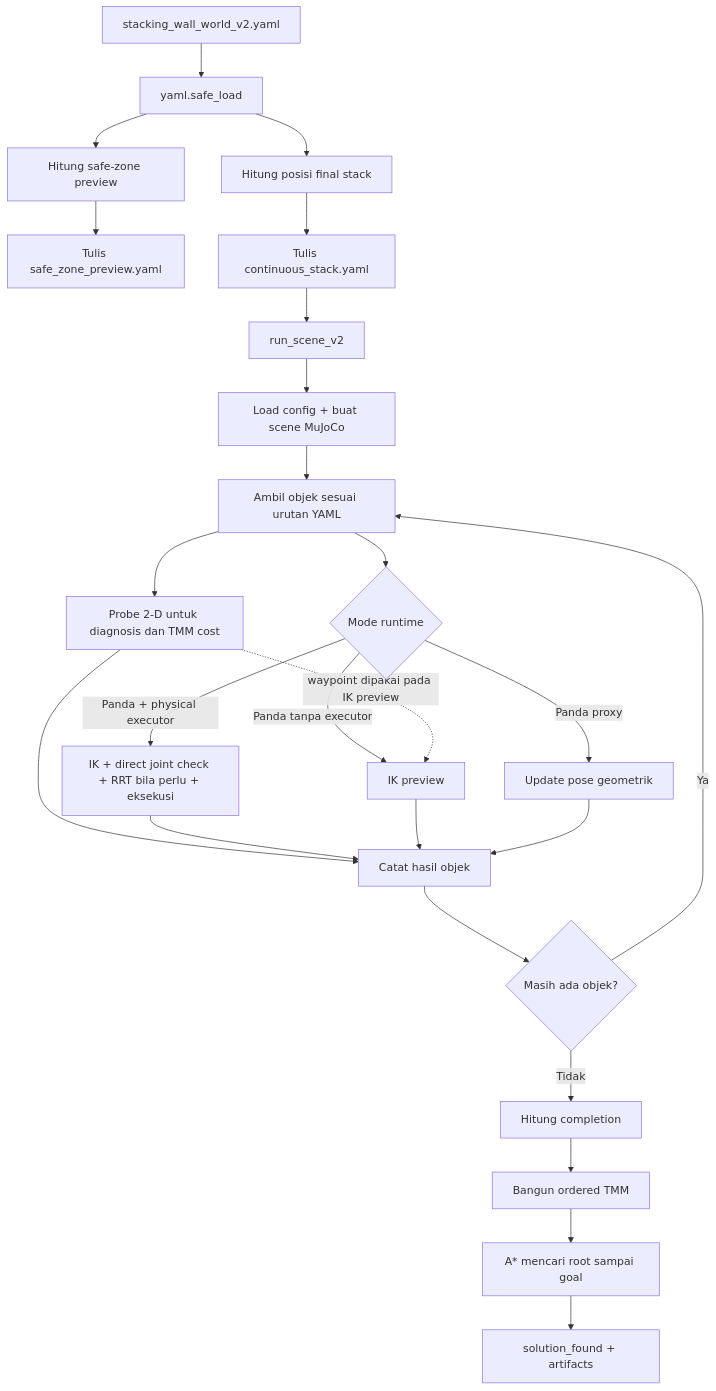
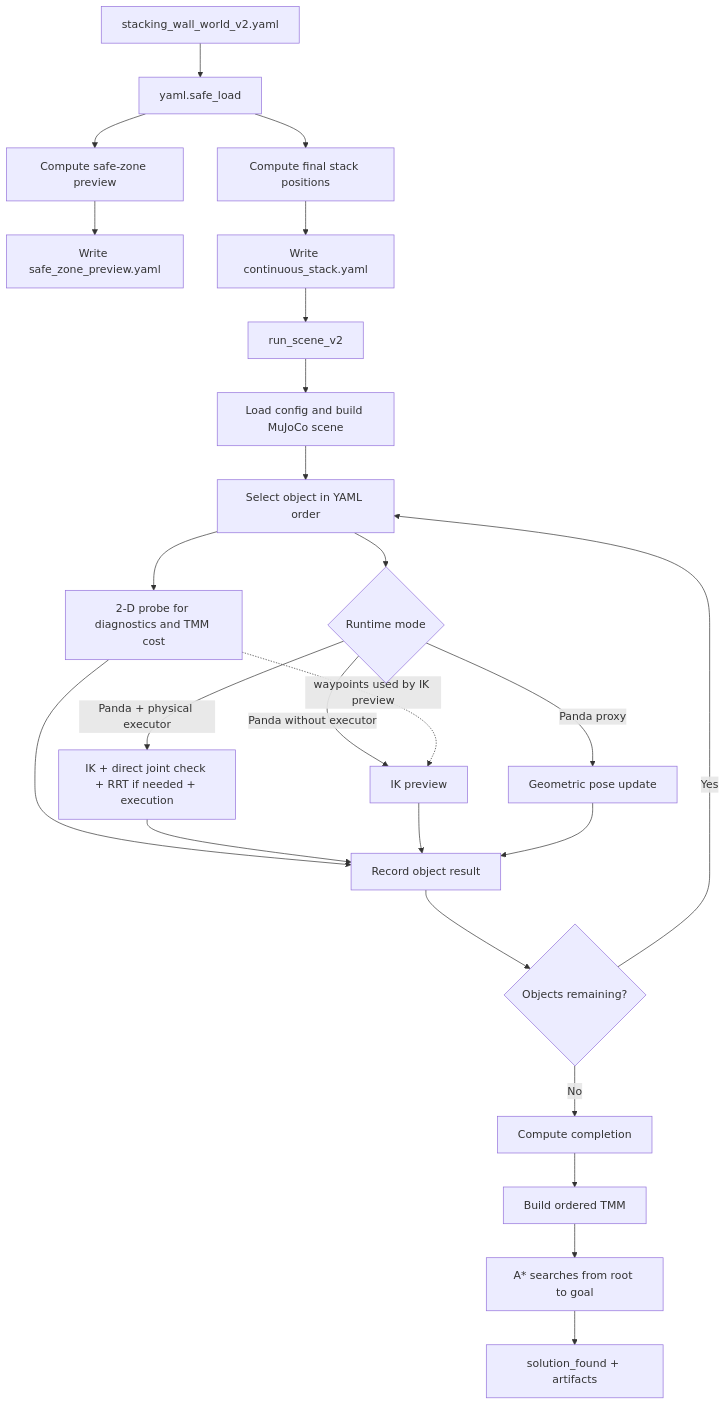
Before and after one commit to rafasoelistiono/MVP-CTAMP-ROBOT3: the first of 2 diagrams in README.md, drawn with Mermaid. The commit also changed other lines of this file, not shown here.

````diff
--- a/README.md
+++ b/README.md
@@ -40,27 +40,27 @@
 ```mermaid
 flowchart TD
     A["stacking_wall_world_v2.yaml"] --> B["yaml.safe_load"]
-    B --> C["Hitung safe-zone preview"]
-    B --> D["Hitung posisi final stack"]
-    C --> E["Tulis safe_zone_preview.yaml"]
-    D --> F["Tulis continuous_stack.yaml"]
+    B --> C["Compute safe-zone preview"]
+    B --> D["Compute final stack positions"]
+    C --> E["Write safe_zone_preview.yaml"]
+    D --> F["Write continuous_stack.yaml"]
     F --> G["run_scene_v2"]
-    G --> H["Load config + buat scene MuJoCo"]
-    H --> I["Ambil objek sesuai urutan YAML"]
-    I --> J["Probe 2-D untuk diagnosis dan TMM cost"]
-    I --> K{"Mode runtime"}
-    K -->|"Panda + physical executor"| L["IK + direct joint check + RRT bila perlu + eksekusi"]
-    K -->|"Panda tanpa executor"| V["IK preview"]
-    K -->|"Panda proxy"| W["Update pose geometrik"]
-    J -. "waypoint dipakai pada IK preview" .-> V
-    J --> X["Catat hasil objek"]
+    G --> H["Load config and build MuJoCo scene"]
+    H --> I["Select object in YAML order"]
+    I --> J["2-D probe for diagnostics and TMM cost"]
+    I --> K{"Runtime mode"}
+    K -->|"Panda + physical executor"| L["IK + direct joint check + RRT if needed + execution"]
+    K -->|"Panda without executor"| V["IK preview"]
+    K -->|"Panda proxy"| W["Geometric pose update"]
+    J -. "waypoints used by IK preview" .-> V
+    J --> X["Record object result"]
     L --> X
     V --> X
     W --> X
-    X --> M{"Masih ada objek?"}
-    M -->|Ya| I
-    M -->|Tidak| N["Hitung completion"]
-    N --> O["Bangun ordered TMM"]
-    O --> P["A* mencari root sampai goal"]
+    X --> M{"Objects remaining?"}
+    M -->|"Yes"| I
+    M -->|"No"| N["Compute completion"]
+    N --> O["Build ordered TMM"]
+    O --> P["A* searches from root to goal"]
     P --> Q["solution_found + artifacts"]
 ```
````
